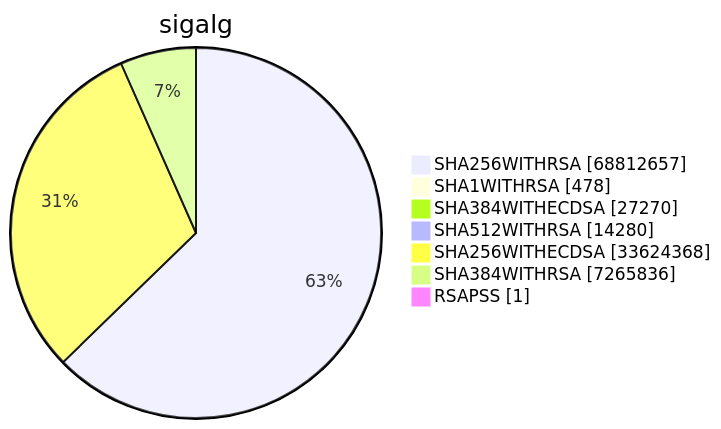
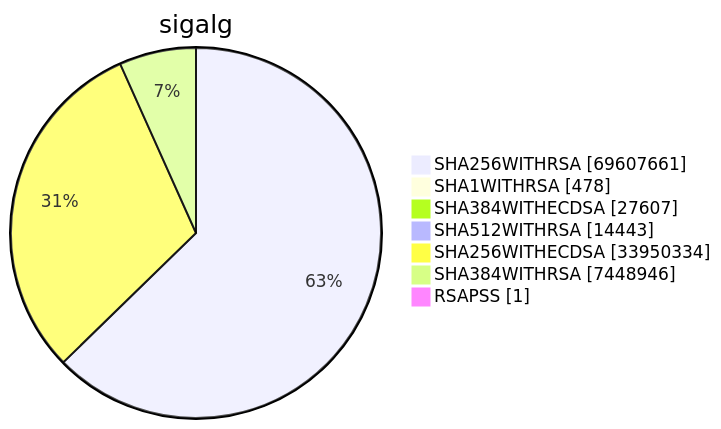
Diagram 15 of 15 in xenon2023/README.md (christiankrug/ctmonitor_visualization), drawn with Mermaid before and after one commit. The commit also changed other lines of this file, not shown here.

````diff
--- a/xenon2023/README.md
+++ b/xenon2023/README.md
@@ -4492,11 +4500,11 @@
 ```mermaid
 pie showData
 title sigalg
-"SHA256WITHRSA" :68812657
+"SHA256WITHRSA" :69607661
 "SHA1WITHRSA" :478
-"SHA384WITHECDSA" :27270
-"SHA512WITHRSA" :14280
-"SHA256WITHECDSA" :33624368
-"SHA384WITHRSA" :7265836
+"SHA384WITHECDSA" :27607
+"SHA512WITHRSA" :14443
+"SHA256WITHECDSA" :33950334
+"SHA384WITHRSA" :7448946
 "RSAPSS" :1
 ```
````
